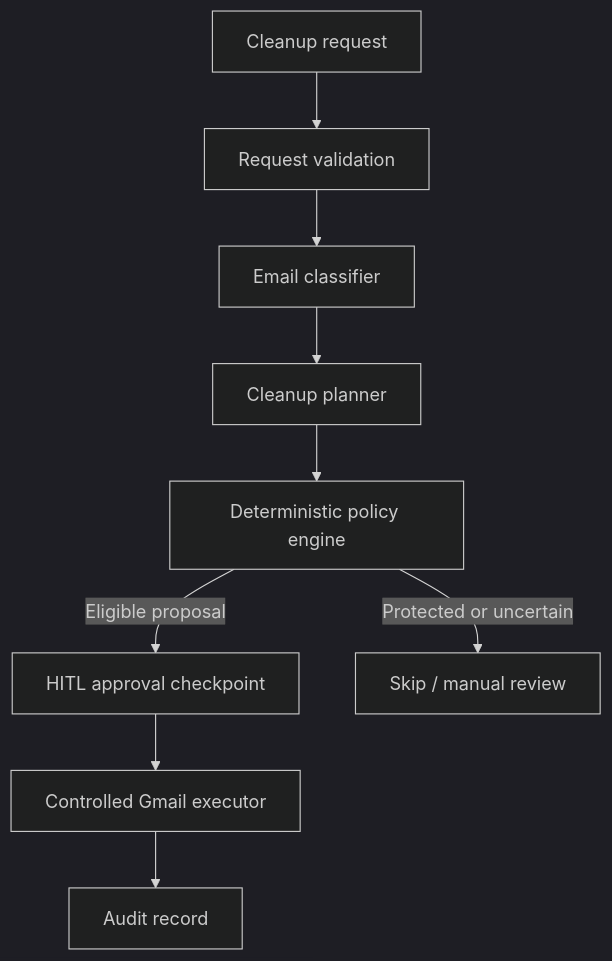
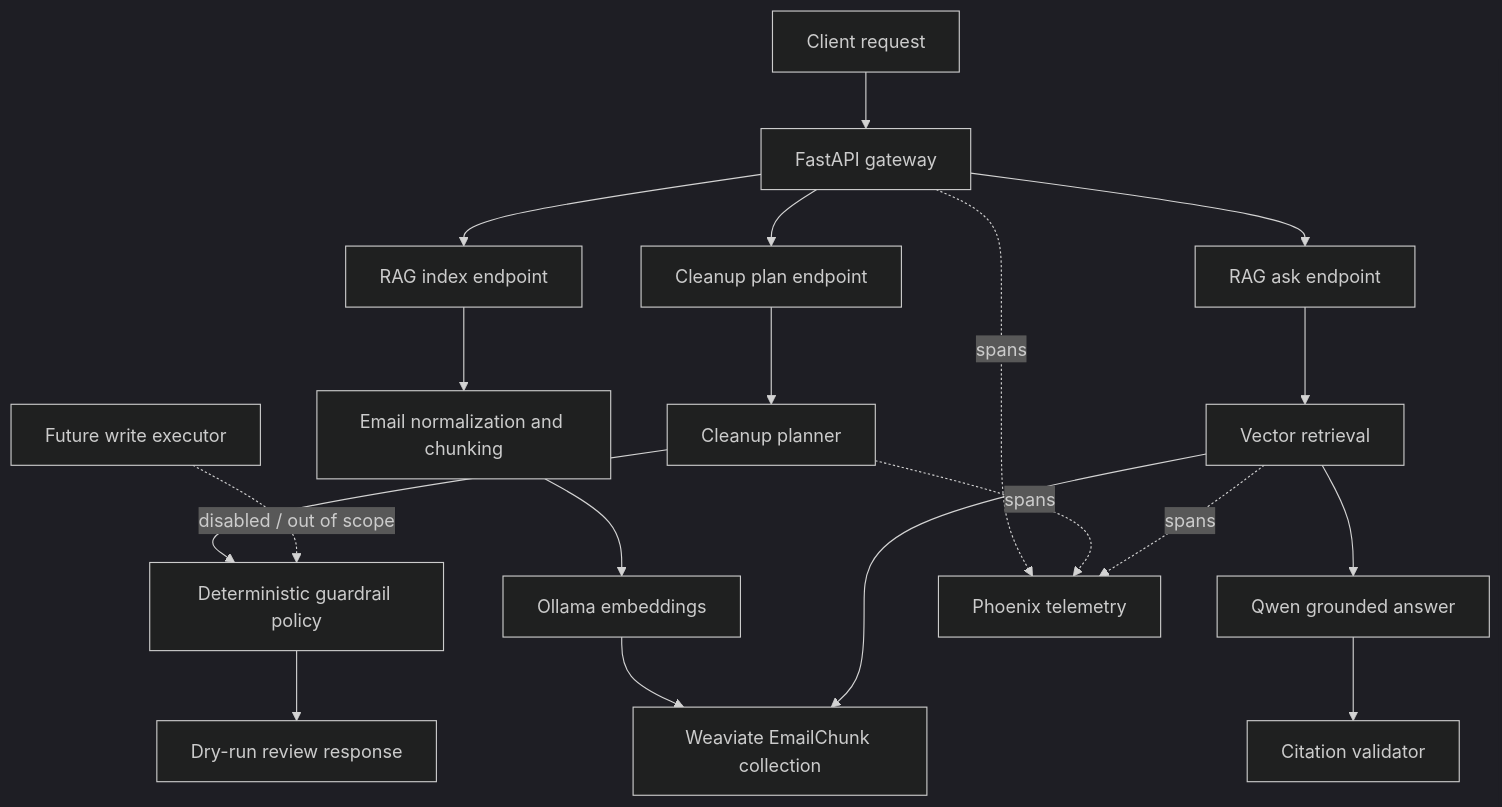
Before and after one commit to KarthikBalaje/enterprise-gmail-intelligence-capstone: the diagram in diagrams/component.mmd, drawn with Mermaid (dark theme). The commit also changed 26 other files, not shown here.

```diff
--- a/diagrams/component.mmd
+++ b/diagrams/component.mmd
@@ -1,9 +1,25 @@
 flowchart TD
-    Request["Cleanup request"] --> Parser["Request validation"]
-    Parser --> Classifier["Email classifier"]
-    Classifier --> Planner["Cleanup planner"]
-    Planner --> Policy["Deterministic policy engine"]
-    Policy -->|Eligible proposal| Approval["HITL approval checkpoint"]
-    Policy -->|Protected or uncertain| Review["Skip / manual review"]
-    Approval --> Executor["Controlled Gmail executor"]
-    Executor --> Audit["Audit record"]
+    Client["Client request"] --> Gateway["FastAPI gateway"]
+    Gateway --> Cleanup["Cleanup plan endpoint"]
+    Gateway --> RagAsk["RAG ask endpoint"]
+    Gateway --> RagIndex["RAG index endpoint"]
+
+    Cleanup --> Planner["Cleanup planner"]
+    Planner --> Policy["Deterministic guardrail policy"]
+    Policy --> Review["Dry-run review response"]
+
+    RagIndex --> Ingestion["Email normalization and chunking"]
+    Ingestion --> Embeddings["Ollama embeddings"]
+    Embeddings --> Weaviate["Weaviate EmailChunk collection"]
+
+    RagAsk --> Retrieval["Vector retrieval"]
+    Retrieval --> Weaviate
+    Retrieval --> Answer["Qwen grounded answer"]
+    Answer --> Citations["Citation validator"]
+
+    Gateway -. spans .-> Phoenix["Phoenix telemetry"]
+    Planner -. spans .-> Phoenix
+    Retrieval -. spans .-> Phoenix
+
+    FutureWrites["Future write executor"]
+    FutureWrites -. disabled / out of scope .-> Policy
```
